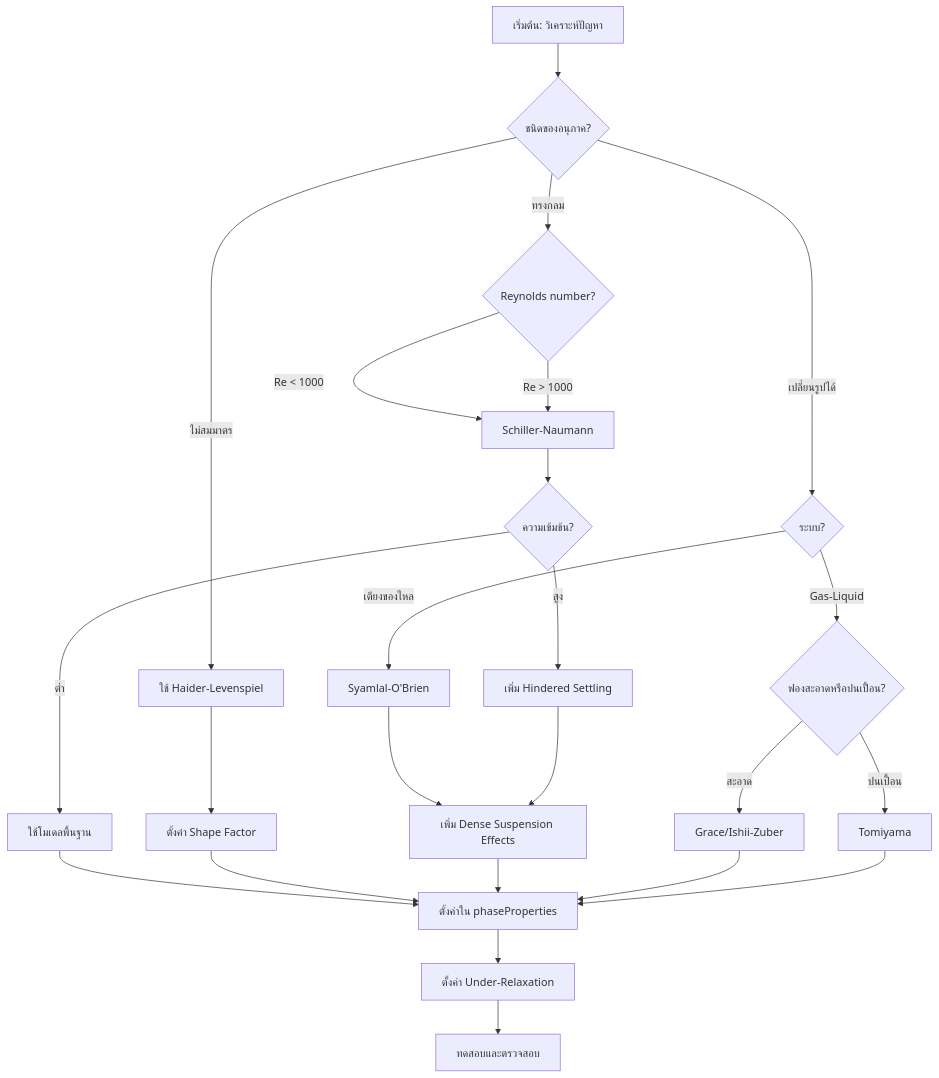
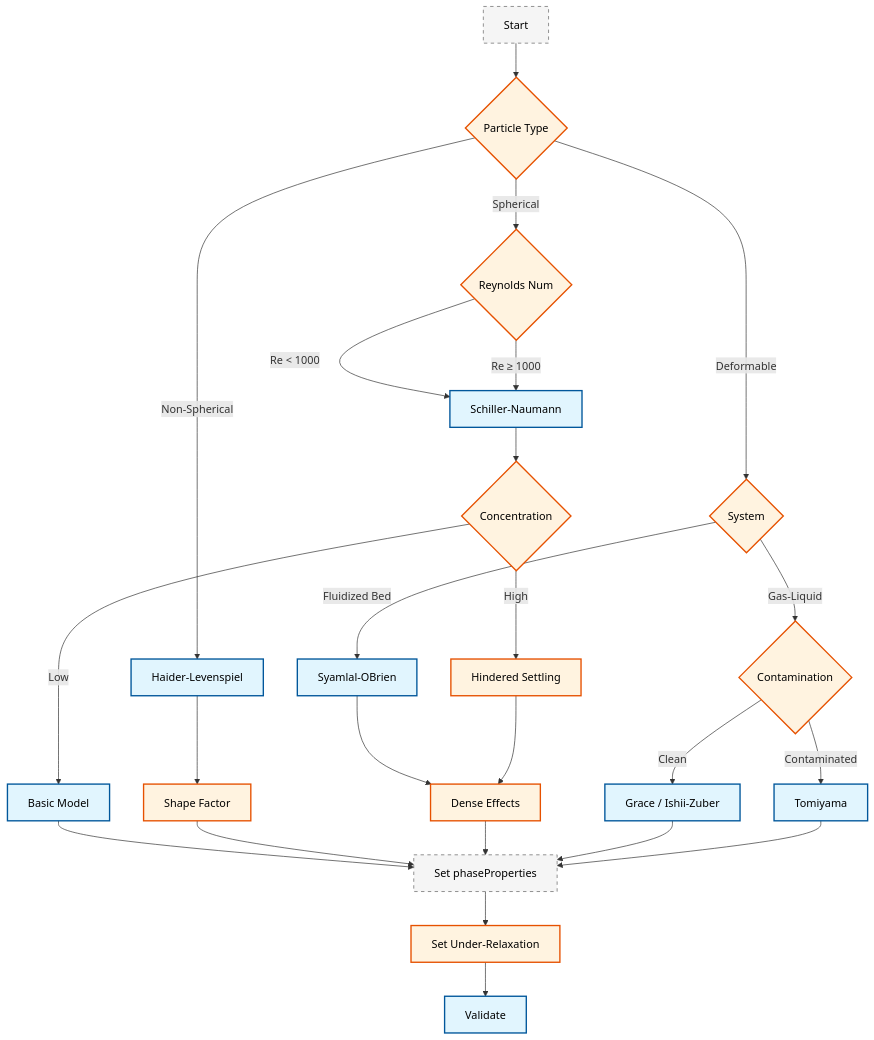
The second of 2 diagrams in MODULE_04_MULTIPHASE_FUNDAMENTALS/CONTENT/04_DRAG_FORCES/03_OpenFOAM_Implementation.md (wramet/build-my-cfd), drawn with Mermaid before and after one commit. The commit also changed other lines of this file and 313 other files, not shown here.

Commit message:
Revise all diagram

````diff
--- a/MODULE_04_MULTIPHASE_FUNDAMENTALS/CONTENT/04_DRAG_FORCES/03_OpenFOAM_Implementation.md
+++ b/MODULE_04_MULTIPHASE_FUNDAMENTALS/CONTENT/04_DRAG_FORCES/03_OpenFOAM_Implementation.md
@@ -737,33 +739,31 @@
 ```mermaid
 flowchart TD
-    A[เริ่มต้น: วิเคราะห์ปัญหา] --> B{ชนิดของอนุภาค?}
-    B -->|ทรงกลม| C{Reynolds number?}
-    B -->|ไม่สมมาตร| D[ใช้ Haider-Levenspiel]
-    B -->|เปลี่ยนรูปได้| E{ระบบ?}
+classDef implicit fill:#e1f5fe,stroke:#01579b,stroke-width:2px,color:#000
+classDef explicit fill:#fff3e0,stroke:#e65100,stroke-width:2px,color:#000
+classDef context fill:#f5f5f5,stroke:#616161,stroke-width:1px,color:#000,stroke-dasharray: 5 5
+A[Start]:::context --> B{Particle Type}:::explicit
+B -->|Spherical| C{Reynolds Num}:::explicit
+B -->|Non-Spherical| D[Haider-Levenspiel]:::implicit
+B -->|Deformable| E{System}:::explicit
 
-    C -->|Re &lt; 1000| F[Schiller-Naumann]
-    C -->|Re &gt; 1000| F
+C -->|Re < 1000| F[Schiller-Naumann]:::implicit
+C -->|Re ≥ 1000| F
 
-    E -->|Gas-Liquid| G{ฟองสะอาดหรือปนเปื้อน?}
-    E -->|เตียงของไหล| H[Syamlal-O'Brien]
+E -->|Gas-Liquid| G{Contamination}:::explicit
+E -->|Fluidized Bed| H[Syamlal-OBrien]:::implicit
 
-    G -->|สะอาด| I[Grace/Ishii-Zuber]
-    G -->|ปนเปื้อน| J[Tomiyama]
+G -->|Clean| I[Grace / Ishii-Zuber]:::implicit
+G -->|Contaminated| J[Tomiyama]:::implicit
 
-    F --> K{ความเข้มข้น?}
-    K -->|สูง| L[เพิ่ม Hindered Settling]
-    K -->|ต่ำ| M[ใช้โมเดลพื้นฐาน]
+F --> K{Concentration}:::explicit
+K -->|High| L[Hindered Settling]:::explicit
+K -->|Low| M[Basic Model]:::implicit
 
-    D --> N[ตั้งค่า Shape Factor]
-    H --> O[เพิ่ม Dense Suspension Effects]
-    L --> O
+D --> N[Shape Factor]:::explicit
+H --> O[Dense Effects]:::explicit
+L --> O
 
-    M --> P[ตั้งค่าใน phaseProperties]
-    N --> P
-    O --> P
-    I --> P
-    J --> P
-
-    P --> Q[ตั้งค่า Under-Relaxation]
-    Q --> R[ทดสอบและตรวจสอบ]
+M & N & O & I & J --> P[Set phaseProperties]:::context
+P --> Q[Set Under-Relaxation]:::explicit
+Q --> R[Validate]:::implicit
 ```
````
